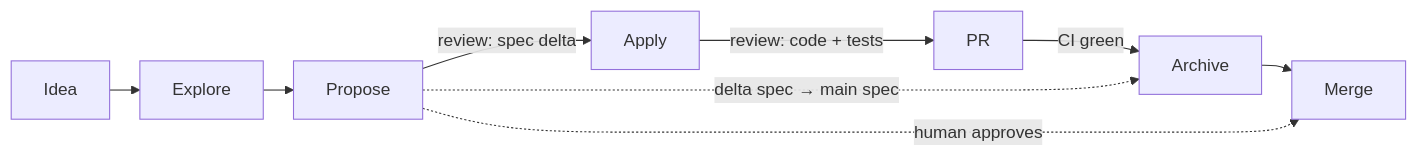
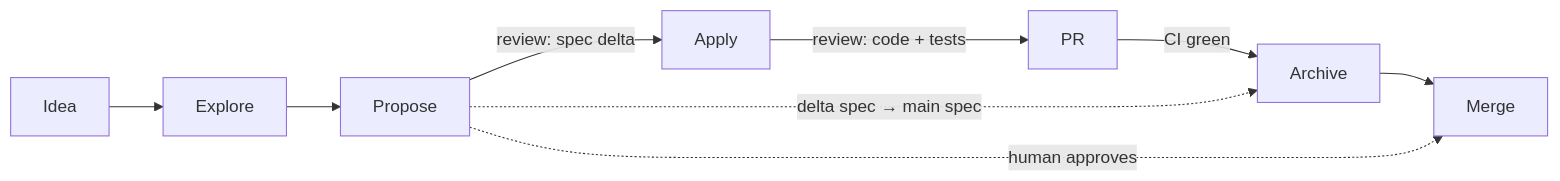
Before and after one commit to aanbrn/axon-showcase: the third of 3 diagrams in README.md, drawn with Mermaid. The commit also changed other lines of this file, not shown here.

First line of the commit message:
Drop the diagram padding to recover text size

````diff
--- a/README.md
+++ b/README.md
@@ -201,11 +199,10 @@
 ```mermaid
-%%{init: {"flowchart": {"nodeSpacing": 18, "rankSpacing": 28, "diagramPadding": 240}}}%%
 flowchart LR
     Idea --> Explore --> Propose
     Propose -->|"review: spec delta"| Apply
     Apply -->|"review: code + tests"| PR
     PR -->|"CI green"| Archive
     Archive --> Merge
     Propose -.->|"human approves"| Merge
     Propose -.->|"delta spec → main spec"| Archive
 ```
````
